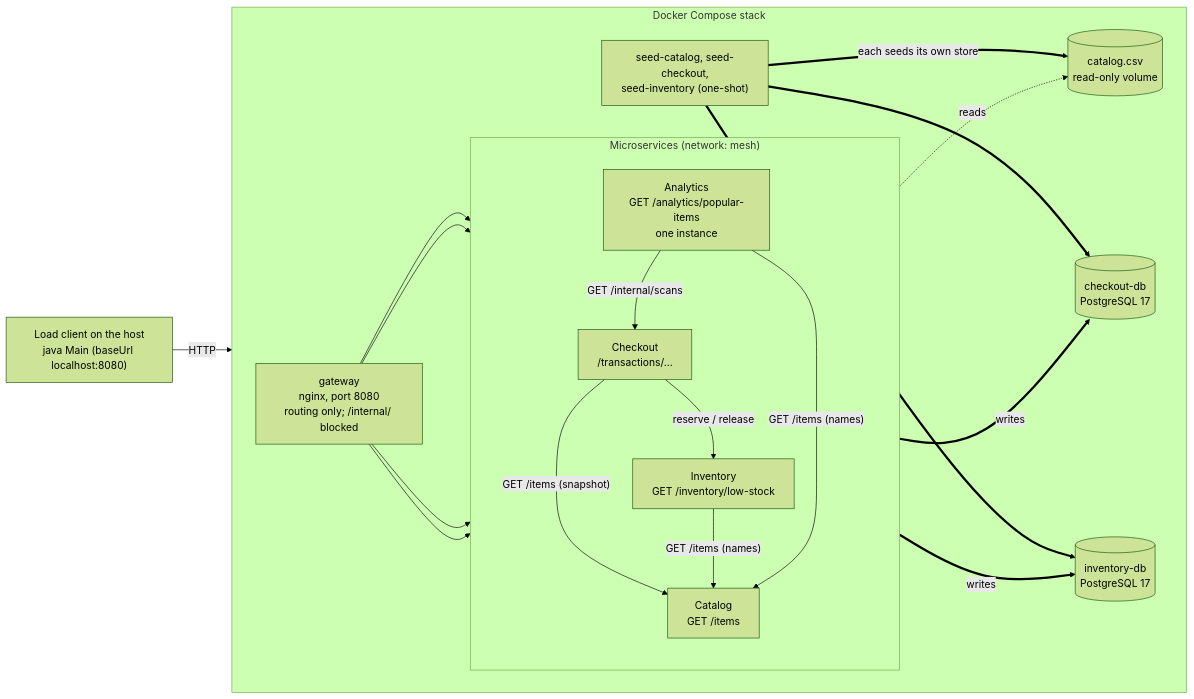
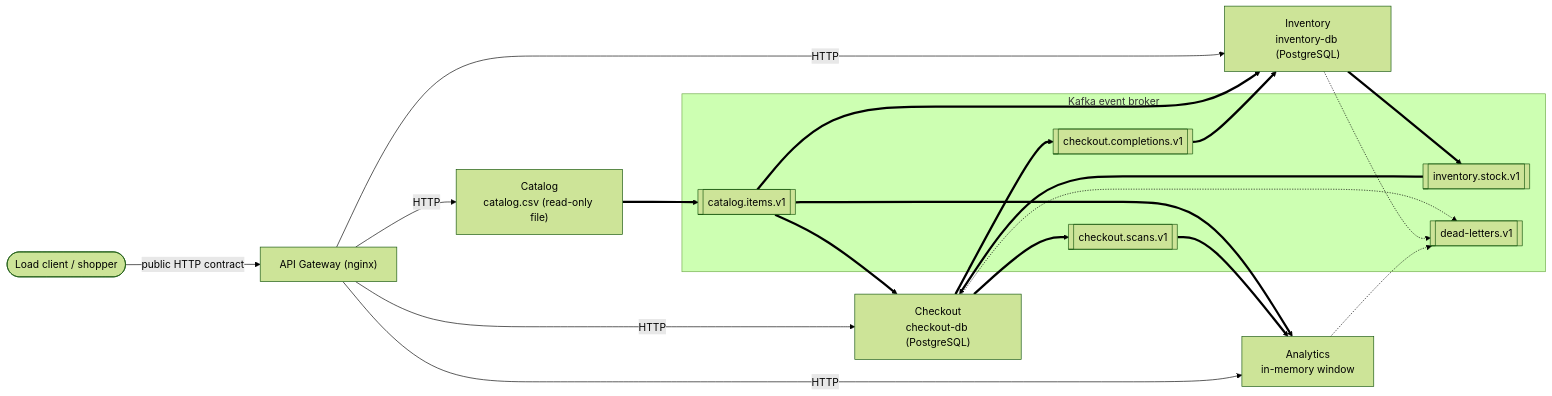
One commit to sbnaumann1/CS6510-2026 changed the first of 2 diagrams in backend/README.md. Above: the diagram before and after it, drawn with Mermaid (forest theme). The commit also changed other lines of this file and 38 other files, not shown here.

````diff
--- a/backend/README.md
+++ b/backend/README.md
@@ -29,39 +18,30 @@
 ```mermaid
 flowchart LR
-    client["Load client on the host<br/>java Main (baseUrl localhost:8080)"]
+    LC(["Load client / shopper"]) -->|"public HTTP contract"| GW["API Gateway (nginx)"]
+    GW -->|HTTP| CAT["Catalog<br/>catalog.csv (read-only file)"]
+    GW -->|HTTP| CHK["Checkout<br/>checkout-db (PostgreSQL)"]
+    GW -->|HTTP| INV["Inventory<br/>inventory-db (PostgreSQL)"]
+    GW -->|HTTP| ANA["Analytics<br/>in-memory window"]
 
-    subgraph stack["Docker Compose stack"]
-        direction LR
-        gw["gateway<br/>nginx, port 8080<br/>routing only; /internal/ blocked"]
-
-        subgraph svcs["Microservices (network: mesh)"]
-            direction TB
-            cat["Catalog<br/>GET /items"]
-            chk["Checkout<br/>/transactions/..."]
-            inv["Inventory<br/>GET /inventory/low-stock"]
-            ana["Analytics<br/>GET /analytics/popular-items<br/>one instance"]
-        end
-
-        csv[("catalog.csv<br/>read-only volume")]
-        cdb[("checkout-db<br/>PostgreSQL 17")]
-        idb[("inventory-db<br/>PostgreSQL 17")]
-        seeds["seed-catalog, seed-checkout,<br/>seed-inventory (one-shot)"]
+    subgraph K["Kafka event broker"]
+        T1[["catalog.items.v1"]]
+        T2[["checkout.scans.v1"]]
+        T3[["checkout.completions.v1"]]
+        T4[["inventory.stock.v1"]]
+        T5[["dead-letters.v1"]]
     end
 
-    client -->|"HTTP"| gw
-    gw --> cat
-    gw --> chk
-    gw --> inv
-    gw --> ana
-    cat -.->|"reads"| csv
-    chk ==>|"writes"| cdb
-    inv ==>|"writes"| idb
-    chk -->|"GET /items (snapshot)"| cat
-    inv -->|"GET /items (names)"| cat
-    ana -->|"GET /items (names)"| cat
-    chk -->|"reserve / release"| inv
-    ana -->|"GET /internal/scans"| chk
-    seeds ==>|"each seeds its own store"| csv
-    seeds ==> cdb
-    seeds ==> idb
+    CAT ==> T1
+    T1 ==> CHK
+    T1 ==> INV
+    T1 ==> ANA
+    CHK ==> T2
+    T2 ==> ANA
+    CHK ==> T3
+    T3 ==> INV
+    INV ==> T4
+    T4 ==> CHK
+    CHK -.-> T5
+    INV -.-> T5
+    ANA -.-> T5
 ```
````
